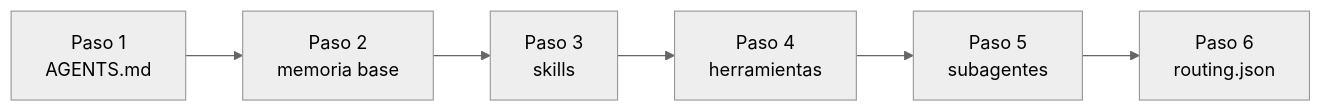
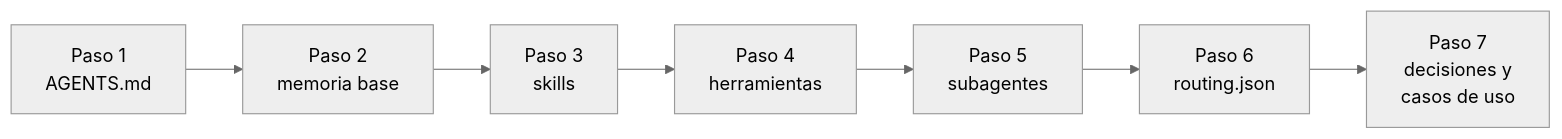
One commit to ada-school/ada-harness changed diagram 14 of 15 in README.md. Above: the diagram before and after it, drawn with Mermaid (neutral theme). The commit also changed other lines of this file and 58 other files, not shown here.

````diff
--- a/README.md
+++ b/README.md
@@ -526,4 +656,4 @@
 ```mermaid
 flowchart LR
-    P1["Paso 1<br/>AGENTS.md"] --> P2["Paso 2<br/>memoria base"] --> P3["Paso 3<br/>skills"] --> P4["Paso 4<br/>herramientas"] --> P5["Paso 5<br/>subagentes"] --> P6["Paso 6<br/>routing.json"]
+    P1["Paso 1<br/>AGENTS.md"] --> P2["Paso 2<br/>memoria base"] --> P3["Paso 3<br/>skills"] --> P4["Paso 4<br/>herramientas"] --> P5["Paso 5<br/>subagentes"] --> P6["Paso 6<br/>routing.json"] --> P7["Paso 7<br/>decisiones y<br/>casos de uso"]
 ```
````
